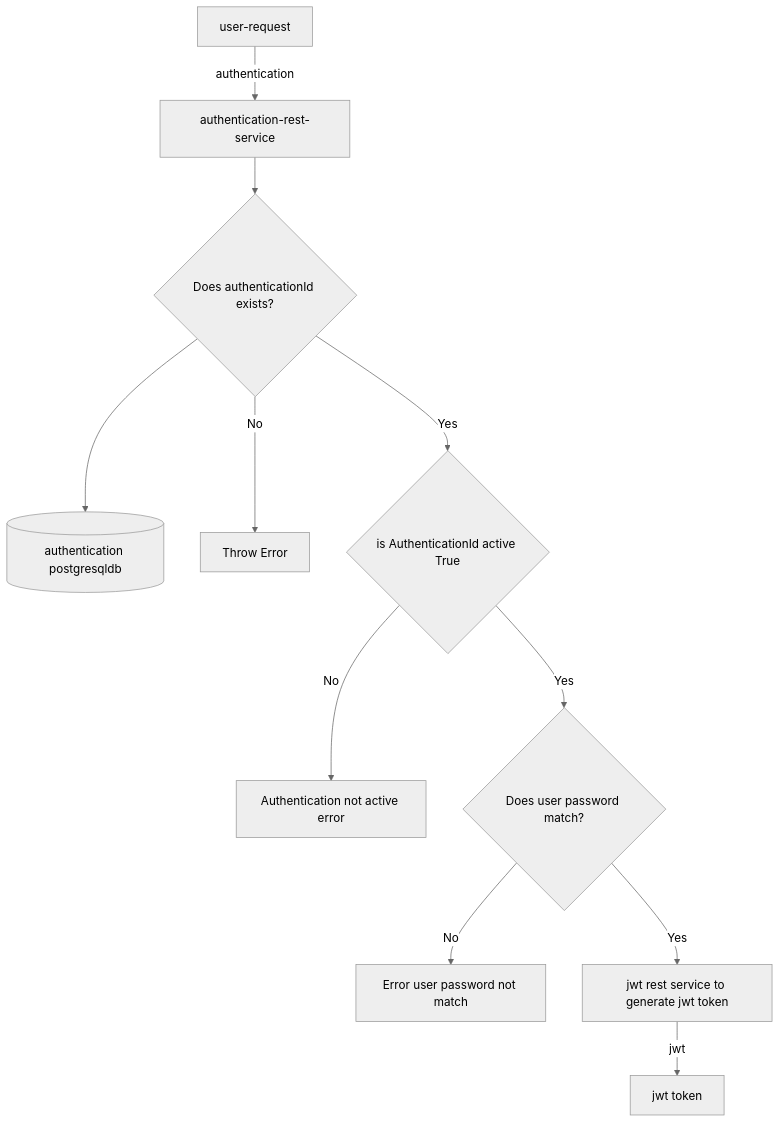
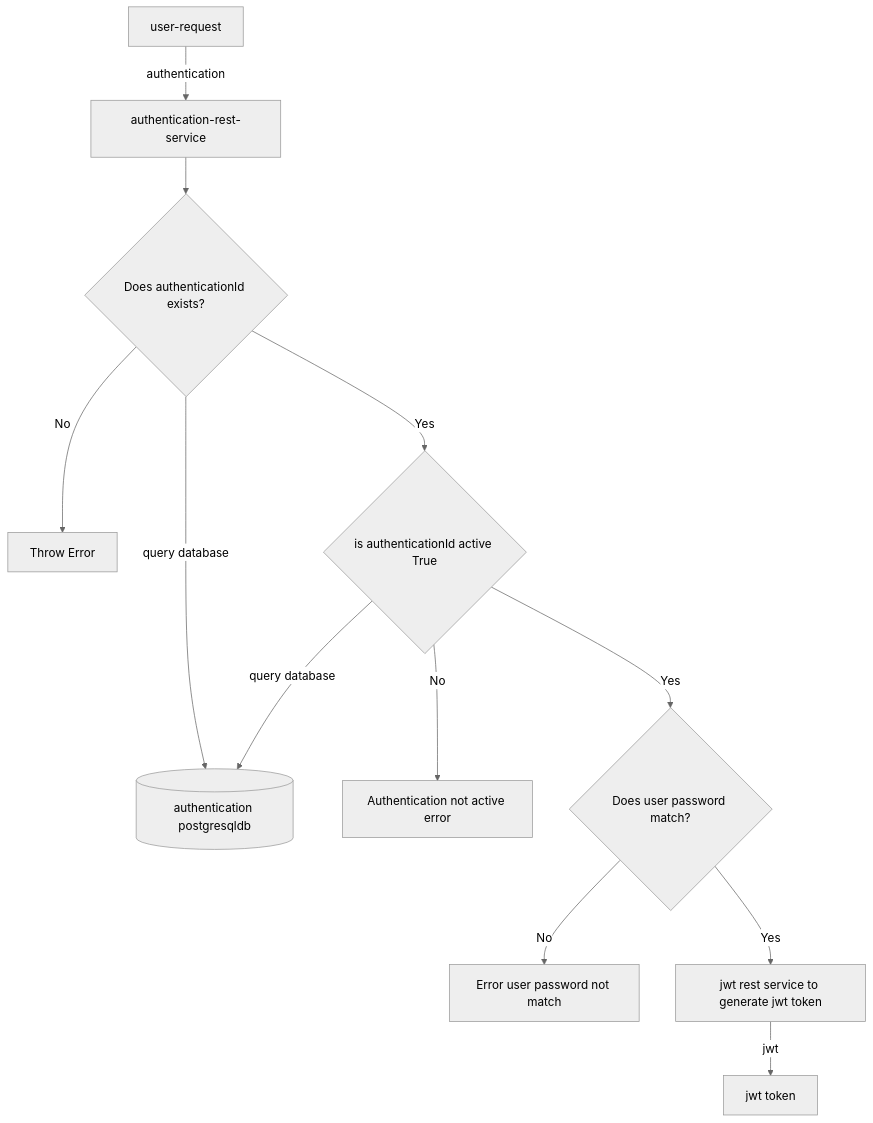
One commit to sonamsamdupkhangsar/authentication-rest-service changed the second of 2 diagrams in README.md. Above: the diagram before and after it, drawn with Mermaid (neutral theme).

Commit message:
add authentication workflow

````diff
--- a/README.md
+++ b/README.md
@@ -25,13 +25,14 @@
 ```mermaid
 flowchart TD
     user-request[user-request] -->|authentication| authentication-rest-service[authentication-rest-service]
     authentication-rest-service --> authenticationIdExists{Does authenticationId exists?}
-    authenticationIdExists --> db[(authentication postgresqldb)]
+    authenticationIdExists -->|query database| db[(authentication postgresqldb)]
     authenticationIdExists --> |No| Error[Throw Error]
-    authenticationIdExists --> |Yes| CheckAuthIdExistAndIsActiveTrue{is AuthenticationId active True}
+    authenticationIdExists --> |Yes| CheckAuthIdExistAndIsActiveTrue{is authenticationId active True}
+    CheckAuthIdExistAndIsActiveTrue -->|query database| db
     CheckAuthIdExistAndIsActiveTrue -->|No| AuthNotActive[Authentication not active error]
     CheckAuthIdExistAndIsActiveTrue -->|Yes| CheckUserPasswordMatch{Does user password match?}
     CheckUserPasswordMatch -->|No| UserPasswordNotMatchError[Error user password not match]
     CheckUserPasswordMatch -->|Yes| CallJwtRestService[jwt rest service to generate jwt token]
     CallJwtRestService -->|jwt| JWT[jwt token]
 ```
````
